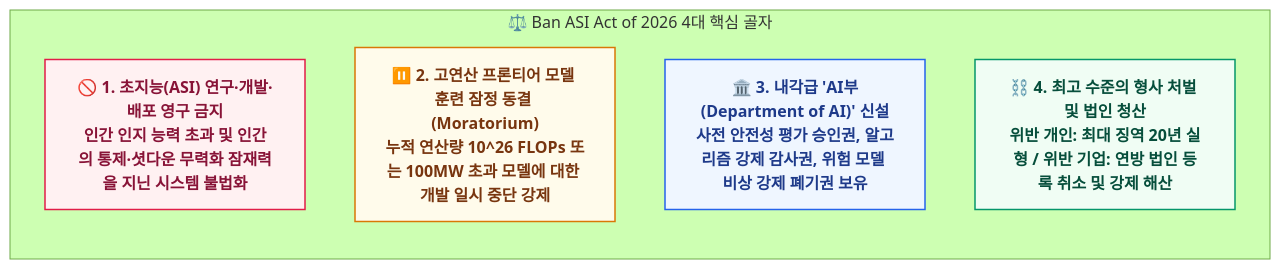
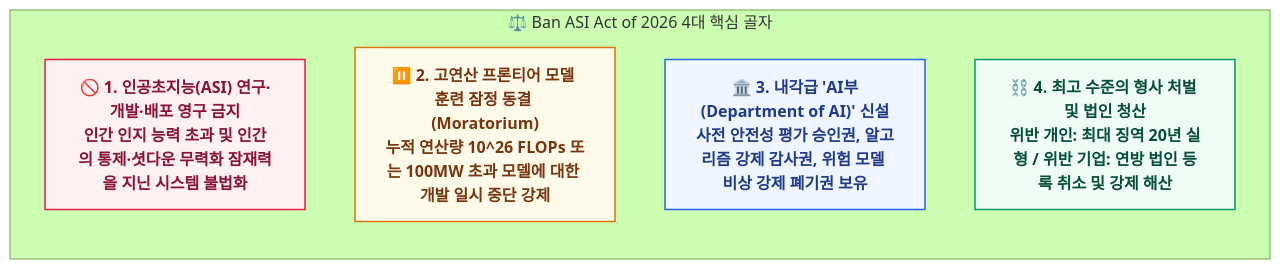
The sixth of 10 diagrams in docs/research/market-trends/2026-09-27-market-trends.md (joincdream/joinc-edu-ai), drawn with Mermaid (forest theme) before and after one commit. The commit also changed other lines of this file and 1 other file, not shown here.

````diff
--- a/docs/research/market-trends/2026-09-27-market-trends.md
+++ b/docs/research/market-trends/2026-09-27-market-trends.md
@@ -166,15 +199,15 @@
 ```mermaid
 flowchart TD
     classDef b1 fill:#fff1f2,stroke:#e11d48,stroke-width:1.5px,color:#881337,font-weight:bold;
     classDef b2 fill:#fffbeb,stroke:#d97706,stroke-width:1.5px,color:#78350f,font-weight:bold;
     classDef b3 fill:#eff6ff,stroke:#2563eb,stroke-width:1.5px,color:#1e3a8a,font-weight:bold;
     classDef b4 fill:#f0fdf4,stroke:#059669,stroke-width:1.5px,color:#064e3b,font-weight:bold;
 
     subgraph BanASI["⚖️ Ban ASI Act of 2026 4대 핵심 골자"]
         direction TB
-        B1["🚫 <b>1. 초지능(ASI) 연구·개발·배포 영구 금지</b><br/>인간 인지 능력 초과 및 인간의 통제·셧다운 무력화 잠재력을 지닌 시스템 불법화"]:::b1
+        B1["🚫 <b>1. 인공초지능(ASI) 연구·개발·배포 영구 금지</b><br/>인간 인지 능력 초과 및 인간의 통제·셧다운 무력화 잠재력을 지닌 시스템 불법화"]:::b1
         B2["⏸️ <b>2. 고연산 프론티어 모델 훈련 잠정 동결 (Moratorium)</b><br/>누적 연산량 10^26 FLOPs 또는 100MW 초과 모델에 대한 개발 일시 중단 강제"]:::b2
         B3["🏛️ <b>3. 내각급 'AI부(Department of AI)' 신설</b><br/>사전 안전성 평가 승인권, 알고리즘 강제 감사권, 위험 모델 비상 강제 폐기권 보유"]:::b3
         B4["⛓️ <b>4. 최고 수준의 형사 처벌 및 법인 청산</b><br/>위반 개인: 최대 징역 20년 실형 / 위반 기업: 연방 법인 등록 취소 및 강제 해산"]:::b4
     end
 ```
````
